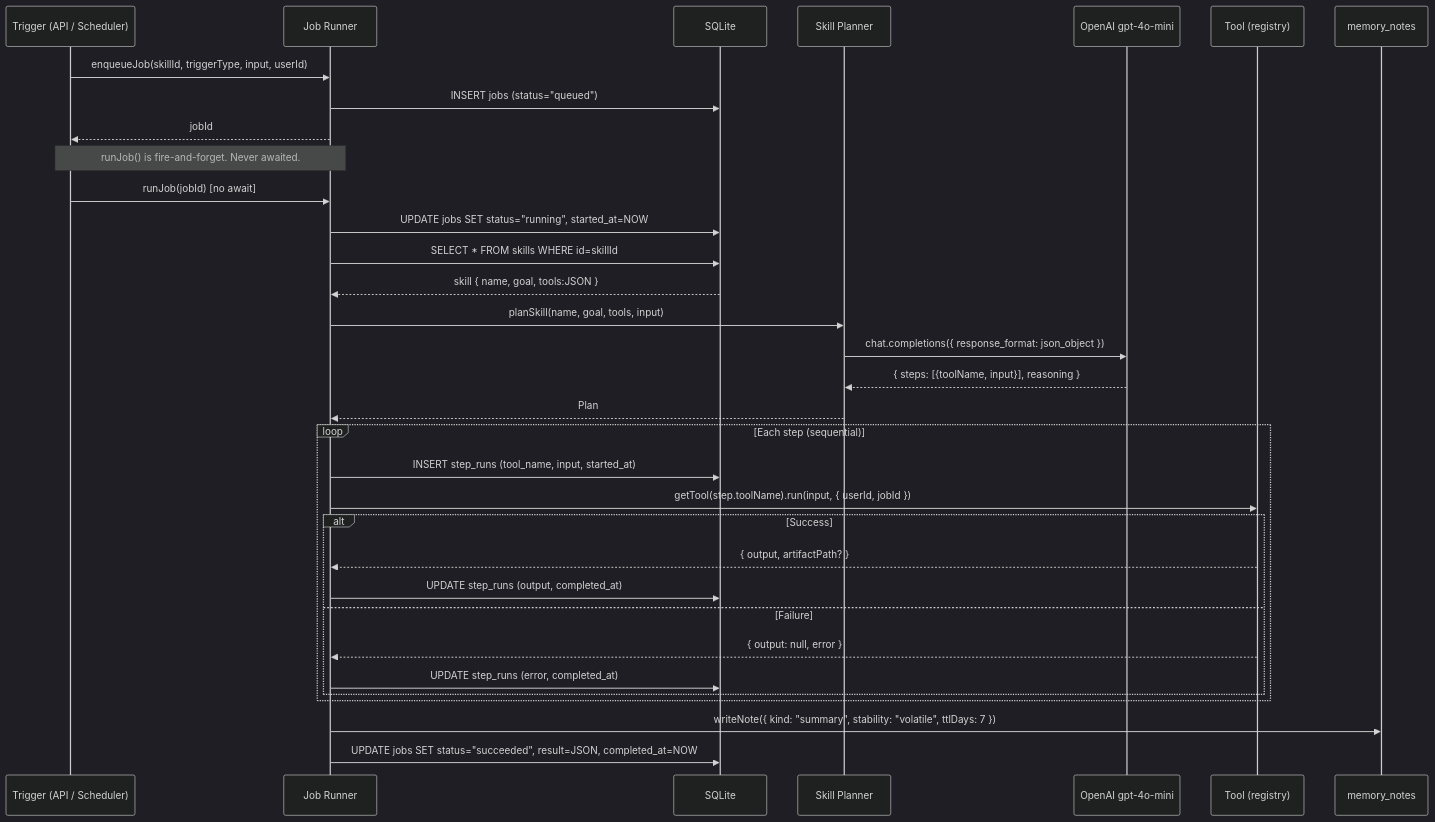
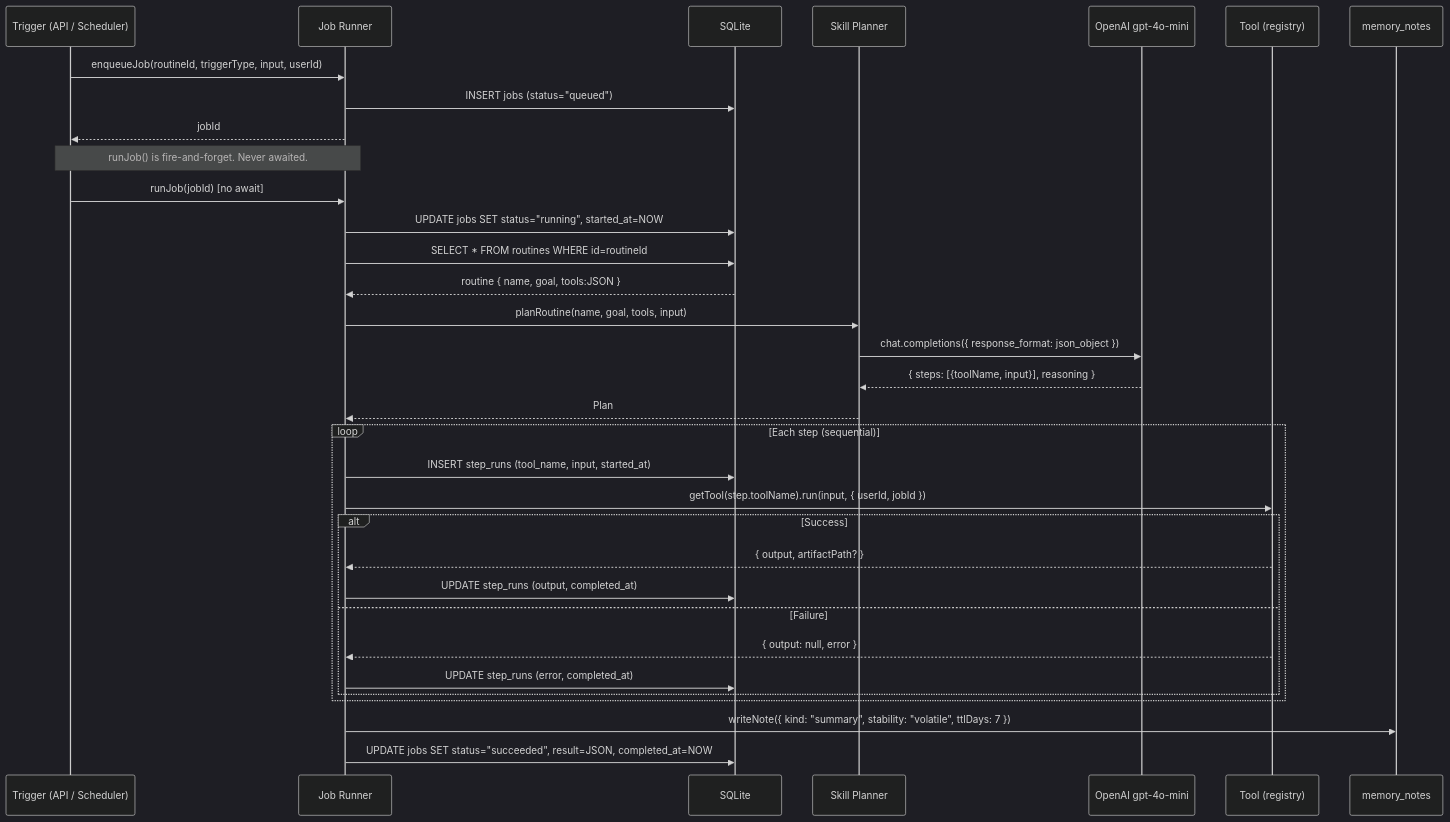
The third of 4 diagrams in docs/architecture/overview.md (nalbam/luminary), drawn with Mermaid (dark theme) before and after one commit. The commit also changed other lines of this file and 4 other files, not shown here.

````diff
--- a/docs/architecture/overview.md
+++ b/docs/architecture/overview.md
@@ -126,41 +136,41 @@
 ```mermaid
 sequenceDiagram
     participant T as Trigger (API / Scheduler)
     participant R as Job Runner
     participant DB as SQLite
     participant P as Skill Planner
     participant OAI as OpenAI gpt-4o-mini
     participant Tool as Tool (registry)
     participant M as memory_notes
 
-    T->>R: enqueueJob(skillId, triggerType, input, userId)
+    T->>R: enqueueJob(routineId, triggerType, input, userId)
     R->>DB: INSERT jobs (status="queued")
     R-->>T: jobId
 
     Note over T,R: runJob() is fire-and-forget. Never awaited.
     T->>R: runJob(jobId) [no await]
     R->>DB: UPDATE jobs SET status="running", started_at=NOW
 
-    R->>DB: SELECT * FROM skills WHERE id=skillId
-    DB-->>R: skill { name, goal, tools:JSON }
+    R->>DB: SELECT * FROM routines WHERE id=routineId
+    DB-->>R: routine { name, goal, tools:JSON }
 
-    R->>P: planSkill(name, goal, tools, input)
+    R->>P: planRoutine(name, goal, tools, input)
     P->>OAI: chat.completions({ response_format: json_object })
     OAI-->>P: { steps: [{toolName, input}], reasoning }
     P-->>R: Plan
 
     loop Each step (sequential)
         R->>DB: INSERT step_runs (tool_name, input, started_at)
         R->>Tool: getTool(step.toolName).run(input, { userId, jobId })
         alt Success
             Tool-->>R: { output, artifactPath? }
             R->>DB: UPDATE step_runs (output, completed_at)
         else Failure
             Tool-->>R: { output: null, error }
             R->>DB: UPDATE step_runs (error, completed_at)
         end
     end
 
     R->>M: writeNote({ kind: "summary", stability: "volatile", ttlDays: 7 })
     R->>DB: UPDATE jobs SET status="succeeded", result=JSON, completed_at=NOW
 ```
````
